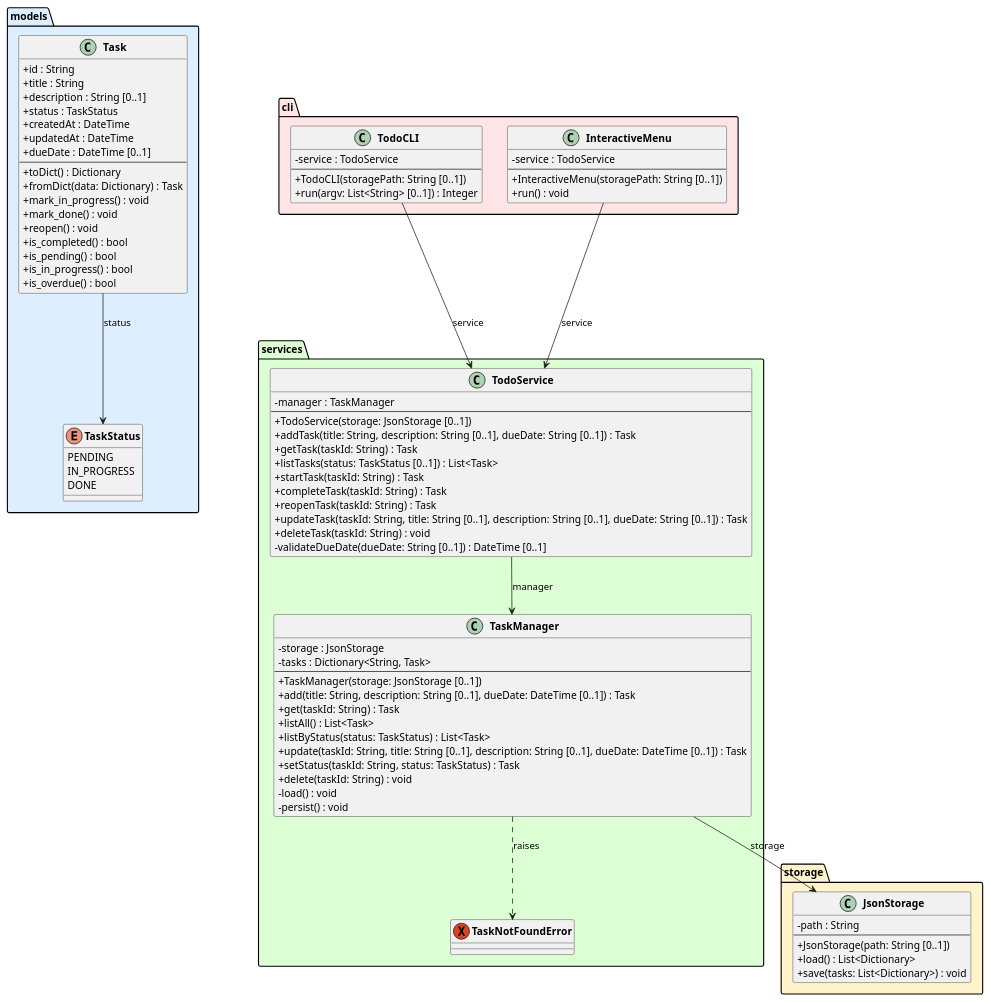
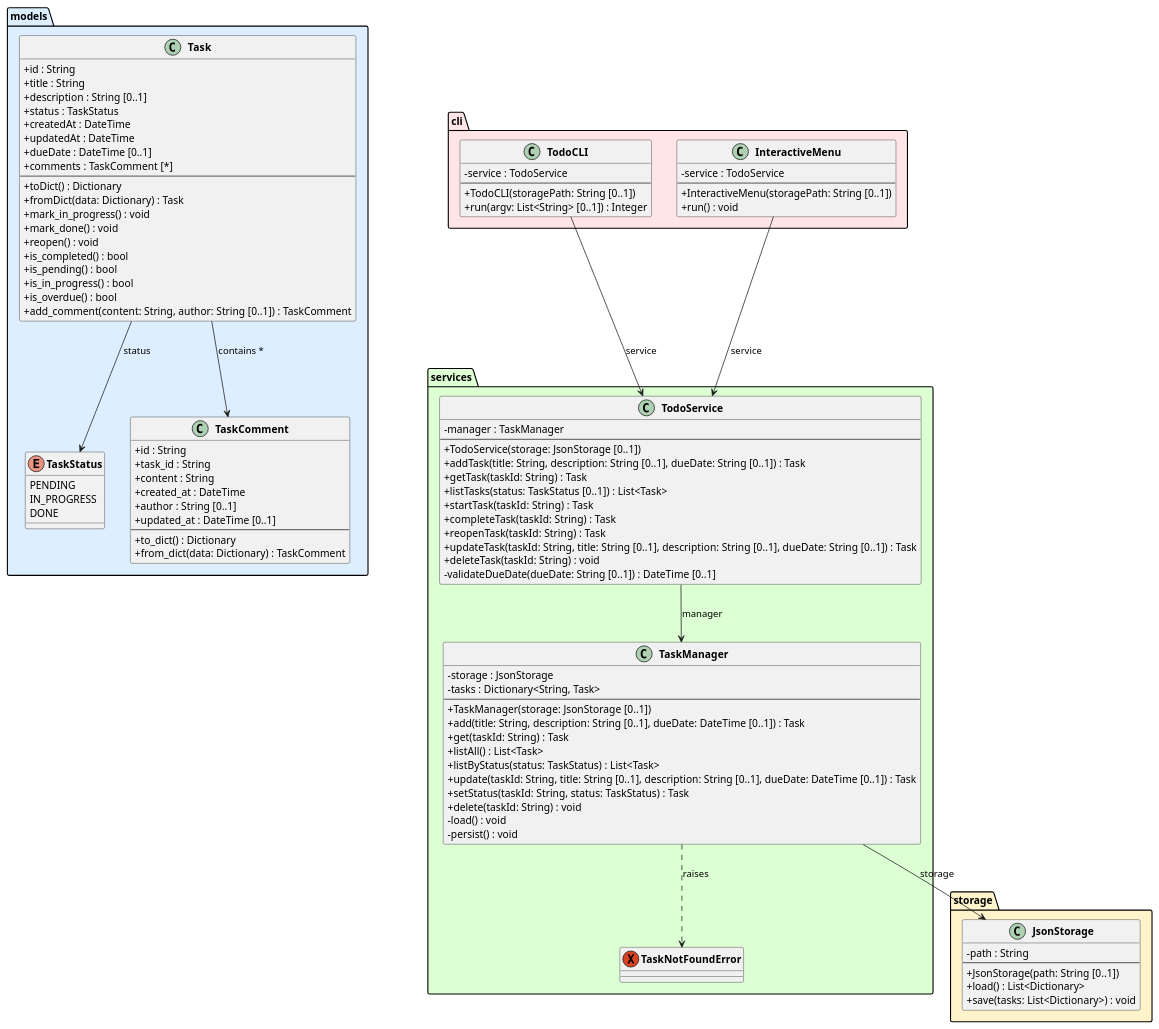
One commit to DanielRiha8906/Software_autoevolution_using_agents changed the diagram in experiments/pipeline/user_stories/TODO/artifacts/class_diagram.puml. Above: the diagram before and after it, drawn with PlantUML. The commit also changed 9 other files, not shown here.

```diff
--- a/experiments/pipeline/user_stories/TODO/artifacts/class_diagram.puml
+++ b/experiments/pipeline/user_stories/TODO/artifacts/class_diagram.puml
@@ -1,102 +1,117 @@
 @startuml class_diagram
 
 skinparam classAttributeIconSize 0
 skinparam classFontStyle bold
 
 package "models" #DDEEFF {
     enum TaskStatus {
         PENDING
         IN_PROGRESS
         DONE
     }
 
     class Task {
         +id : String
         +title : String
         +description : String [0..1]
         +status : TaskStatus
         +createdAt : DateTime
         +updatedAt : DateTime
         +dueDate : DateTime [0..1]
+        +comments : TaskComment [*]
         --
         +toDict() : Dictionary
         +fromDict(data: Dictionary) : Task
         +mark_in_progress() : void
         +mark_done() : void
         +reopen() : void
         +is_completed() : bool
         +is_pending() : bool
         +is_in_progress() : bool
         +is_overdue() : bool
+        +add_comment(content: String, author: String [0..1]) : TaskComment
+    }
+
+    class TaskComment {
+        +id : String
+        +task_id : String
+        +content : String
+        +created_at : DateTime
+        +author : String [0..1]
+        +updated_at : DateTime [0..1]
+        --
+        +to_dict() : Dictionary
+        +from_dict(data: Dictionary) : TaskComment
     }
 }
 
 package "storage" #FFF3CC {
     class JsonStorage {
         -path : String
         --
         +JsonStorage(path: String [0..1])
         +load() : List<Dictionary>
         +save(tasks: List<Dictionary>) : void
     }
 }
 
 package "services" #DDFFD4 {
     exception TaskNotFoundError
 
     class TaskManager {
         -storage : JsonStorage
         -tasks : Dictionary<String, Task>
         --
         +TaskManager(storage: JsonStorage [0..1])
         +add(title: String, description: String [0..1], dueDate: DateTime [0..1]) : Task
         +get(taskId: String) : Task
         +listAll() : List<Task>
         +listByStatus(status: TaskStatus) : List<Task>
         +update(taskId: String, title: String [0..1], description: String [0..1], dueDate: DateTime [0..1]) : Task
         +setStatus(taskId: String, status: TaskStatus) : Task
         +delete(taskId: String) : void
         -load() : void
         -persist() : void
     }
 
     class TodoService {
         -manager : TaskManager
         --
         +TodoService(storage: JsonStorage [0..1])
         +addTask(title: String, description: String [0..1], dueDate: String [0..1]) : Task
         +getTask(taskId: String) : Task
         +listTasks(status: TaskStatus [0..1]) : List<Task>
         +startTask(taskId: String) : Task
         +completeTask(taskId: String) : Task
         +reopenTask(taskId: String) : Task
         +updateTask(taskId: String, title: String [0..1], description: String [0..1], dueDate: String [0..1]) : Task
         +deleteTask(taskId: String) : void
         -validateDueDate(dueDate: String [0..1]) : DateTime [0..1]
     }
 }
 
 package "cli" #FFE5E5 {
     class TodoCLI {
         -service : TodoService
         --
         +TodoCLI(storagePath: String [0..1])
         +run(argv: List<String> [0..1]) : Integer
     }
 
     class InteractiveMenu {
         -service : TodoService
         --
         +InteractiveMenu(storagePath: String [0..1])
         +run() : void
     }
 }
 
 Task --> TaskStatus : status
+Task --> TaskComment : contains *
 TaskManager --> JsonStorage : storage
 TaskManager ..> TaskNotFoundError : raises
 TodoService --> TaskManager : manager
 TodoCLI --> TodoService : service
 InteractiveMenu --> TodoService : service
 
 @enduml
```
